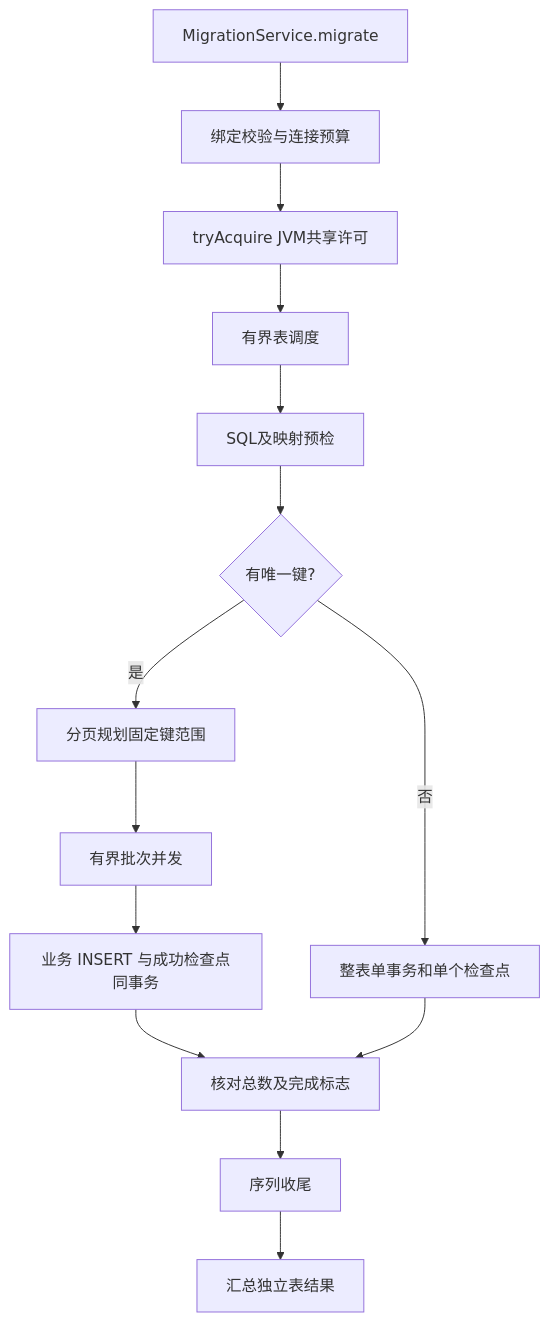
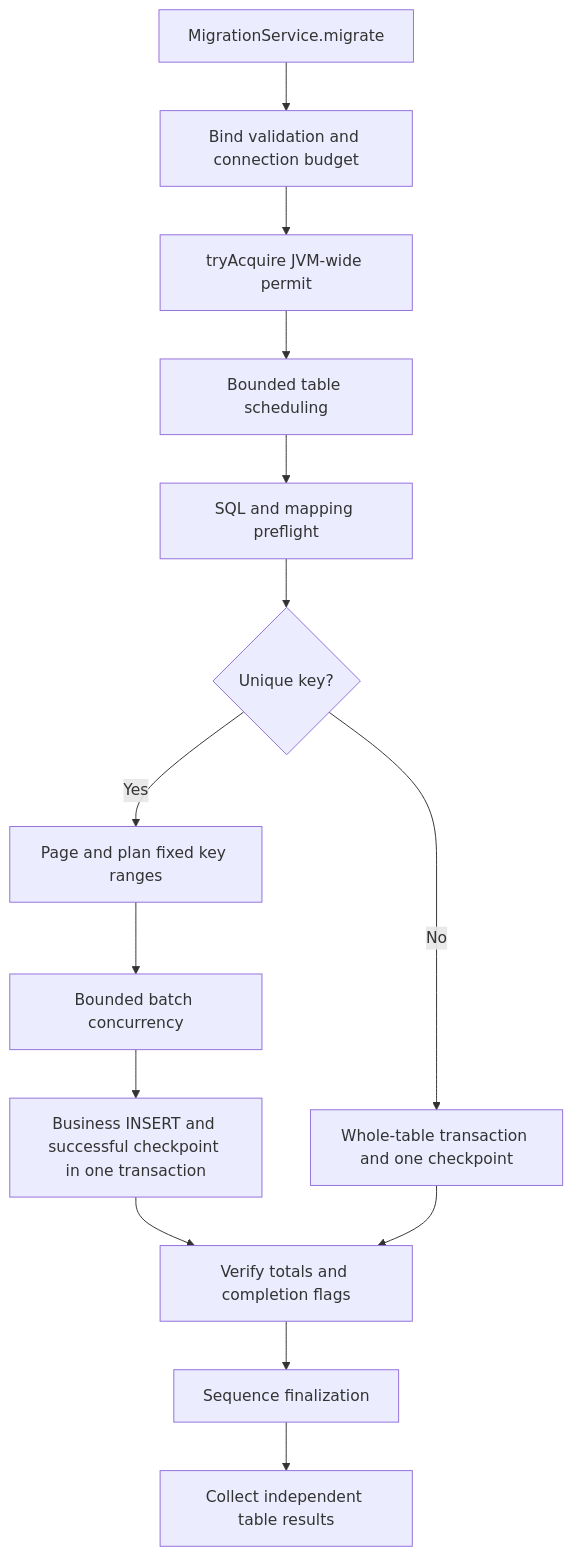
The diagram in docs/architecture.md (differGoose/data_migration), drawn with Mermaid before and after one commit. The commit also changed other lines of this file and 17 other files, not shown here.

````diff
--- a/docs/architecture.md
+++ b/docs/architecture.md
@@ -27,16 +27,16 @@
 ```mermaid
 flowchart TD
-    A[MigrationService.migrate] --> B[绑定校验与连接预算]
-    B --> C[tryAcquire JVM共享许可]
-    C --> D[有界表调度]
-    D --> E[SQL及映射预检]
-    E --> F{有唯一键?}
-    F -->|是| G[分页规划固定键范围]
-    G --> H[有界批次并发]
-    H --> I[业务 INSERT 与成功检查点同事务]
-    F -->|否| J[整表单事务和单个检查点]
-    I --> K[核对总数及完成标志]
+    A[MigrationService.migrate] --> B[Bind validation and connection budget]
+    B --> C[tryAcquire JVM-wide permit]
+    C --> D[Bounded table scheduling]
+    D --> E[SQL and mapping preflight]
+    E --> F{Unique key?}
+    F -->|Yes| G[Page and plan fixed key ranges]
+    G --> H[Bounded batch concurrency]
+    H --> I[Business INSERT and successful checkpoint in one transaction]
+    F -->|No| J[Whole-table transaction and one checkpoint]
+    I --> K[Verify totals and completion flags]
     J --> K
-    K --> L[序列收尾]
-    L --> M[汇总独立表结果]
+    K --> L[Sequence finalization]
+    L --> M[Collect independent table results]
 ```
````
